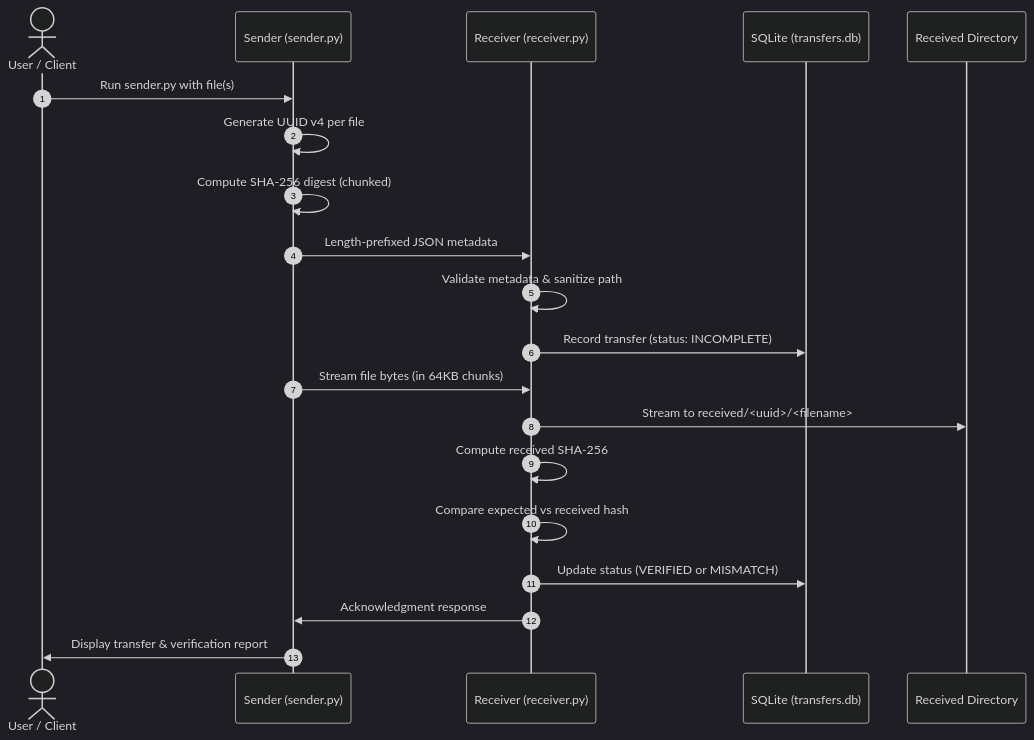
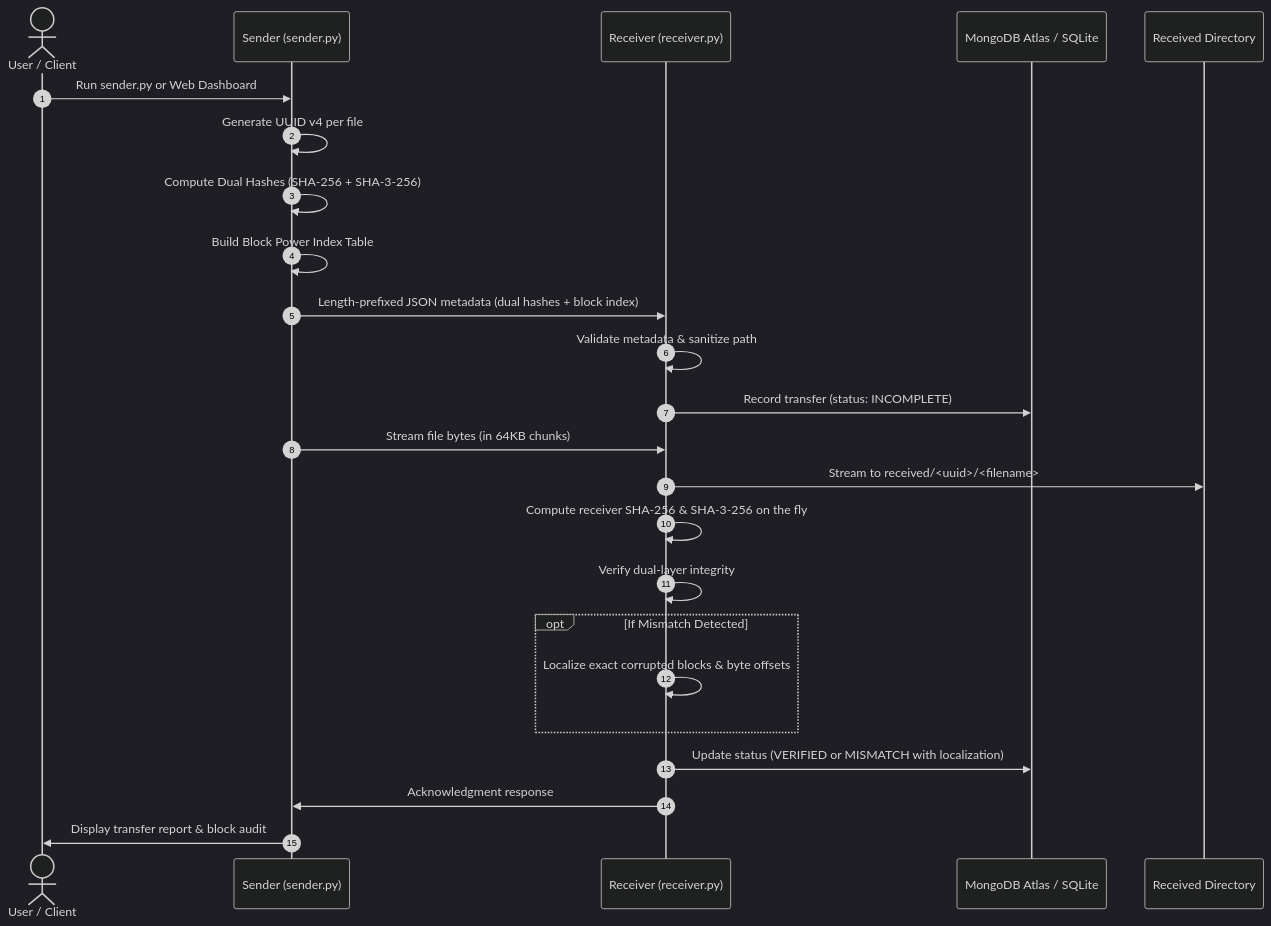
The diagram in README.md (sasipopuri007/hash_checker), drawn with Mermaid (dark theme) before and after one commit. The commit also changed other lines of this file and 11 other files, not shown here.

Commit message:
Implement advanced features from Gilbert & Gilbert (2025): Dual-Layer SHA-256 + SHA-3, Block Power Indexing, Tamper Localization, and Avalanche Lab

````diff
--- a/README.md
+++ b/README.md
@@ -9,23 +12,27 @@
 ```mermaid
 sequenceDiagram
     autonumber
     actor User as User / Client
     participant Sender as Sender (sender.py)
     participant Receiver as Receiver (receiver.py)
-    participant Storage as SQLite (transfers.db)
+    participant Storage as MongoDB Atlas / SQLite
     participant Disk as Received Directory
 
-    User->>Sender: Run sender.py with file(s)
+    User->>Sender: Run sender.py or Web Dashboard
     Sender->>Sender: Generate UUID v4 per file
-    Sender->>Sender: Compute SHA-256 digest (chunked)
-    Sender->>Receiver: Length-prefixed JSON metadata
+    Sender->>Sender: Compute Dual Hashes (SHA-256 + SHA-3-256)
+    Sender->>Sender: Build Block Power Index Table
+    Sender->>Receiver: Length-prefixed JSON metadata (dual hashes + block index)
     Receiver->>Receiver: Validate metadata & sanitize path
     Receiver->>Storage: Record transfer (status: INCOMPLETE)
     Sender->>Receiver: Stream file bytes (in 64KB chunks)
     Receiver->>Disk: Stream to received/<uuid>/<filename>
-    Receiver->>Receiver: Compute received SHA-256
-    Receiver->>Receiver: Compare expected vs received hash
-    Receiver->>Storage: Update status (VERIFIED or MISMATCH)
+    Receiver->>Receiver: Compute receiver SHA-256 & SHA-3-256 on the fly
+    Receiver->>Receiver: Verify dual-layer integrity
+    opt If Mismatch Detected
+        Receiver->>Receiver: Localize exact corrupted blocks & byte offsets
+    end
+    Receiver->>Storage: Update status (VERIFIED or MISMATCH with localization)
     Receiver->>Sender: Acknowledgment response
-    Sender->>User: Display transfer & verification report
+    Sender->>User: Display transfer report & block audit
 ```
````
